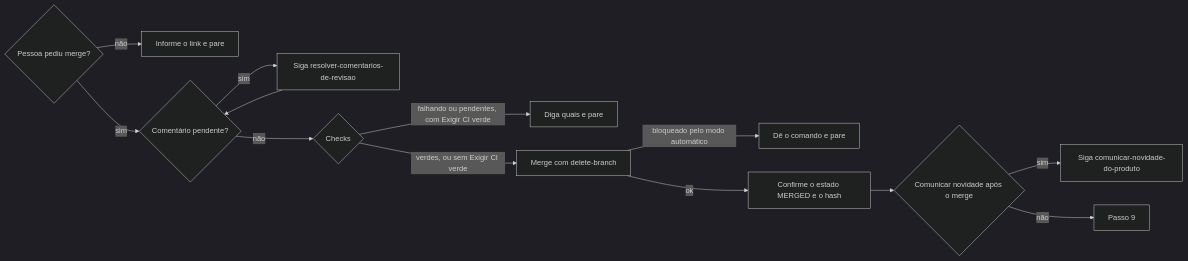
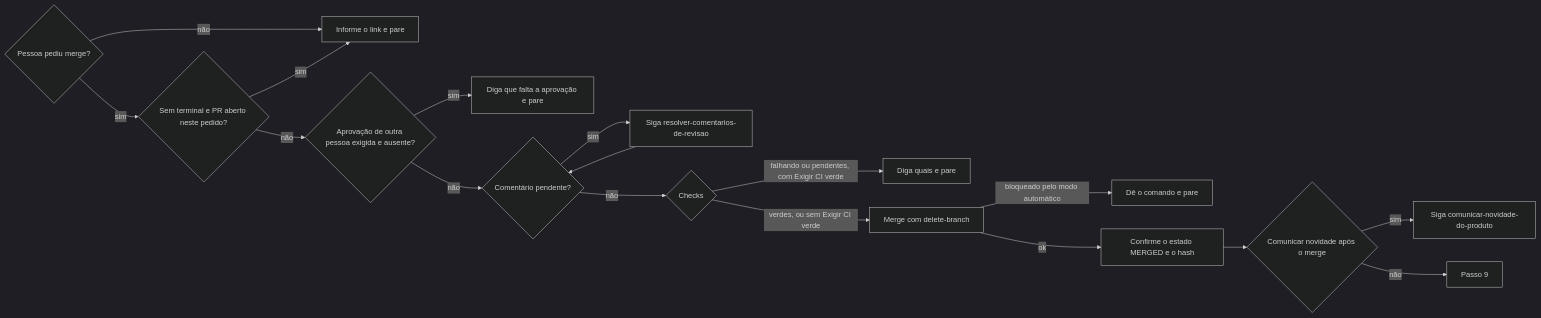
Before and after one commit to jimmyandrade/harness: the diagram in .agents/skills/criar-pull-request/SKILL.md, drawn with Mermaid (dark theme). The commit also changed other lines of this file and 9 other files, not shown here.

````diff
--- a/.agents/skills/criar-pull-request/SKILL.md
+++ b/.agents/skills/criar-pull-request/SKILL.md
@@ -74,15 +74,19 @@
 ```mermaid
 flowchart LR
   A{Pessoa pediu merge?} -->|não| B[Informe o link e pare]
-  A -->|sim| C{Comentário pendente?}
+  A -->|sim| M{Sem terminal e PR aberto neste pedido?}
+  M -->|sim| B
+  M -->|não| N{Aprovação de outra pessoa exigida e ausente?}
+  N -->|sim| P[Diga que falta a aprovação e pare]
+  N -->|não| C{Comentário pendente?}
   C -->|sim| D[Siga resolver-comentarios-de-revisao]
   D --> C
   C -->|não| E{Checks}
   E -->|falhando ou pendentes, com Exigir CI verde| F[Diga quais e pare]
   E -->|verdes, ou sem Exigir CI verde| G[Merge com delete-branch]
   G -->|bloqueado pelo modo automático| H[Dê o comando e pare]
   G -->|ok| I[Confirme o estado MERGED e o hash]
   I --> J{Comunicar novidade após o merge}
   J -->|sim| K[Siga comunicar-novidade-do-produto]
   J -->|não| L[Passo 9]
 ```
````
